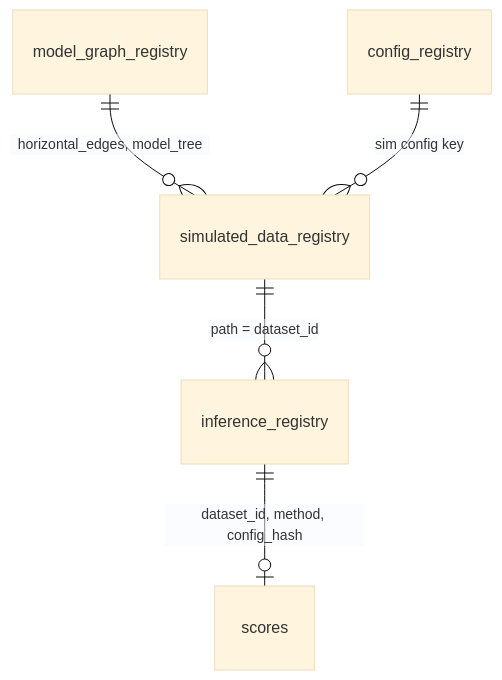
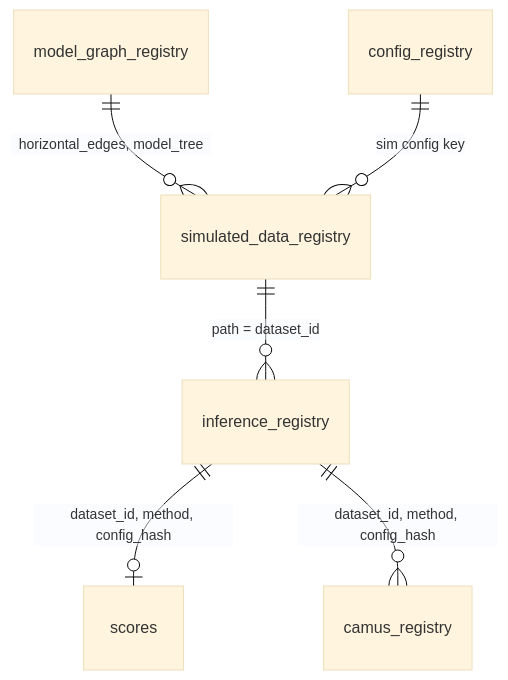
One commit to xSeanliux/PCH-ASTRAL changed the diagram in docs/SCHEMAS.md. Above: the diagram before and after it, drawn with Mermaid (base theme). The commit also changed other lines of this file and 4 other files, not shown here.

````diff
--- a/docs/SCHEMAS.md
+++ b/docs/SCHEMAS.md
@@ -7,7 +7,8 @@
 ```mermaid
 erDiagram
   model_graph_registry ||--o{ simulated_data_registry : "horizontal_edges, model_tree"
   config_registry ||--o{ simulated_data_registry : "sim config key"
   simulated_data_registry ||--o{ inference_registry : "path = dataset_id"
   inference_registry ||--o| scores : "dataset_id, method, config_hash"
+  inference_registry ||--o{ camus_registry : "dataset_id, method, config_hash"
 ```
````
